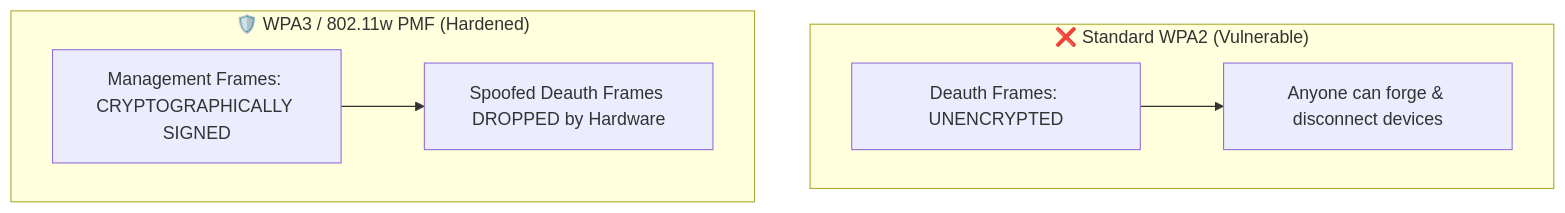
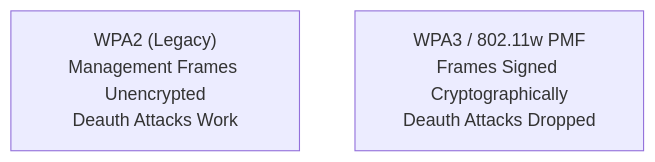
Before and after one commit to DaddyZyn/Cyber-security-notes: the fourth of 4 diagrams in topics/11-wifi-80211-deauth-wpa2-handshakes-and-pmkid/README.md, drawn with Mermaid. The commit also changed other lines of this file and 19 other files, not shown here.

Commit message:
fix: overhaul all Mermaid diagrams with clean vertical layouts and short line-wrapping to prevent GitHub clipping

````diff
--- a/topics/11-wifi-80211-deauth-wpa2-handshakes-and-pmkid/README.md
+++ b/topics/11-wifi-80211-deauth-wpa2-handshakes-and-pmkid/README.md
@@ -153,10 +151,5 @@
 ```mermaid
 flowchart TD
-    subgraph WPA2_Legacy["❌ Standard WPA2 (Vulnerable)"]
-        D1["Deauth Frames: UNENCRYPTED"] --> Kill["Anyone can forge & disconnect devices"]
-    end
-
-    subgraph WPA3_Modern["🛡️ WPA3 / 802.11w PMF (Hardened)"]
-        D2["Management Frames: CRYPTOGRAPHICALLY SIGNED"] --> Drop["Spoofed Deauth Frames DROPPED by Hardware"]
-    end
+    WPA2["WPA2 (Legacy)<br/>Management Frames Unencrypted<br/>Deauth Attacks Work"]
+    WPA3["WPA3 / 802.11w PMF<br/>Frames Signed Cryptographically<br/>Deauth Attacks Dropped"]
 ```
````
